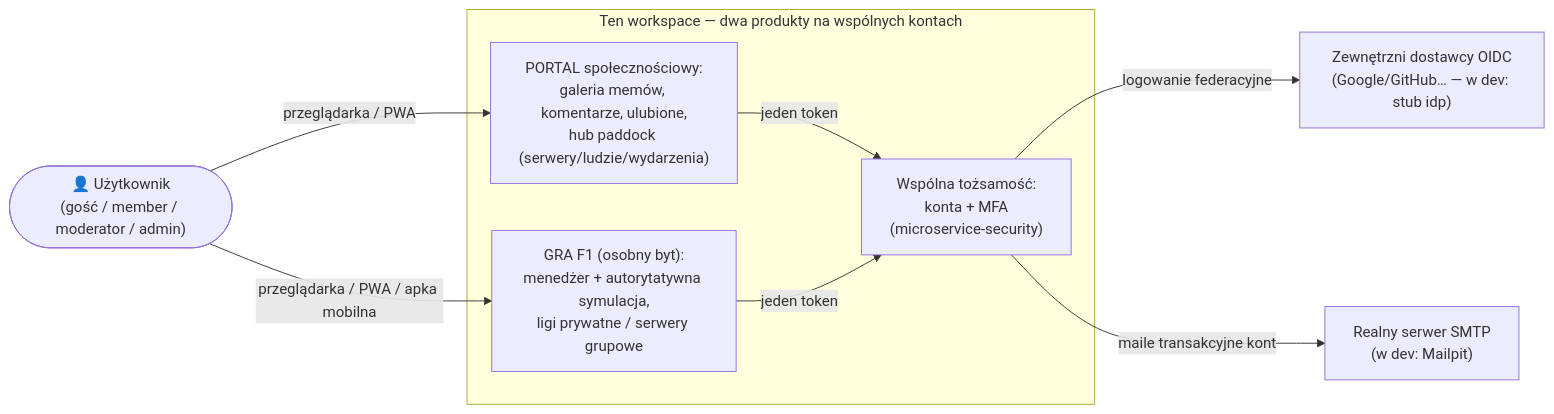
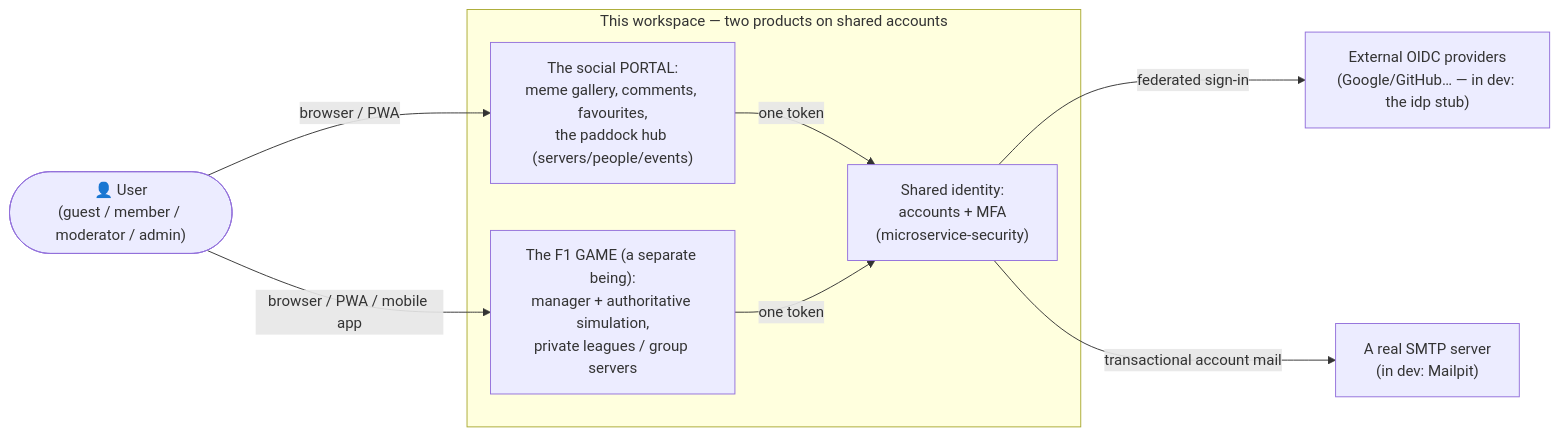
One commit to jrobertgardzinski/workspace-shared changed the first of 3 diagrams in docs/c4-architecture.md. Above: the diagram before and after it, drawn with Mermaid. The commit also changed other lines of this file and 8 other files, not shown here.

````diff
--- a/docs/c4-architecture.md
+++ b/docs/c4-architecture.md
@@ -12,17 +12,17 @@
 ```mermaid
 flowchart LR
-  member(["👤 Użytkownik<br/>(gość / member / moderator / admin)"])
-  subgraph portfolio ["Ten workspace — dwa produkty na wspólnych kontach"]
-    portal["PORTAL społecznościowy:<br/>galeria memów, komentarze, ulubione,<br/>hub paddock (serwery/ludzie/wydarzenia)"]
-    game["GRA F1 (osobny byt):<br/>menedżer + autorytatywna symulacja,<br/>ligi prywatne / serwery grupowe"]
-    idp["Wspólna tożsamość:<br/>konta + MFA<br/>(microservice-security)"]
+  member(["👤 User<br/>(guest / member / moderator / admin)"])
+  subgraph portfolio ["This workspace — two products on shared accounts"]
+    portal["The social PORTAL:<br/>meme gallery, comments, favourites,<br/>the paddock hub (servers/people/events)"]
+    game["The F1 GAME (a separate being):<br/>manager + authoritative simulation,<br/>private leagues / group servers"]
+    idp["Shared identity:<br/>accounts + MFA<br/>(microservice-security)"]
   end
-  oauth["Zewnętrzni dostawcy OIDC<br/>(Google/GitHub… — w dev: stub idp)"]
-  smtp["Realny serwer SMTP<br/>(w dev: Mailpit)"]
-  member -->|przeglądarka / PWA| portal
-  member -->|przeglądarka / PWA / apka mobilna| game
-  portal -->|jeden token| idp
-  game -->|jeden token| idp
-  idp -->|logowanie federacyjne| oauth
-  idp -->|maile transakcyjne kont| smtp
+  oauth["External OIDC providers<br/>(Google/GitHub… — in dev: the idp stub)"]
+  smtp["A real SMTP server<br/>(in dev: Mailpit)"]
+  member -->|browser / PWA| portal
+  member -->|browser / PWA / mobile app| game
+  portal -->|one token| idp
+  game -->|one token| idp
+  idp -->|federated sign-in| oauth
+  idp -->|transactional account mail| smtp
 ```
````
